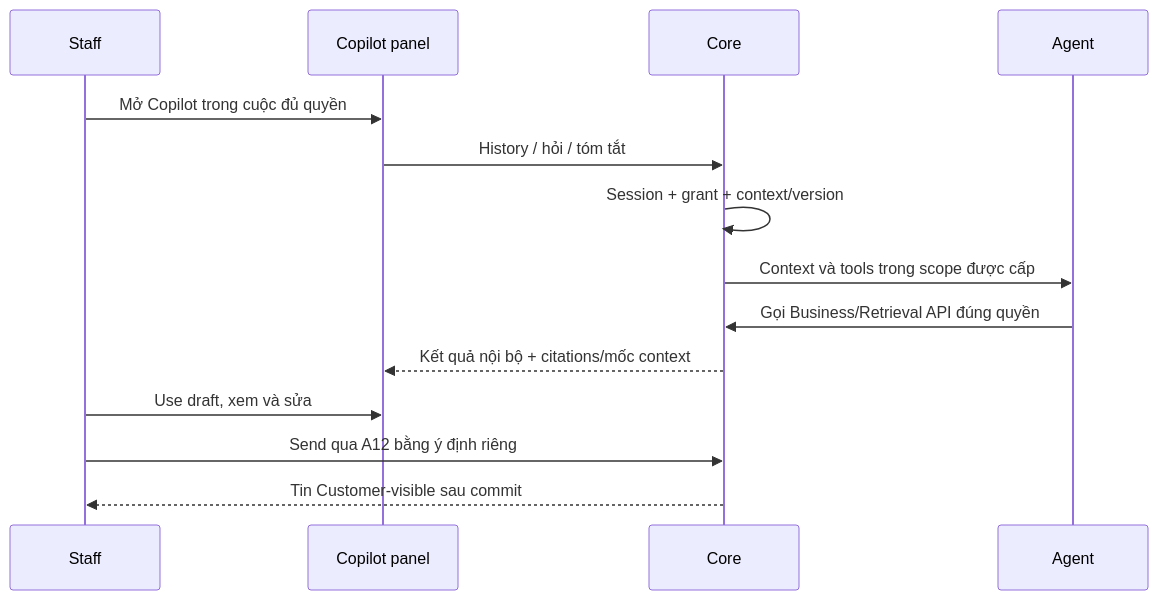
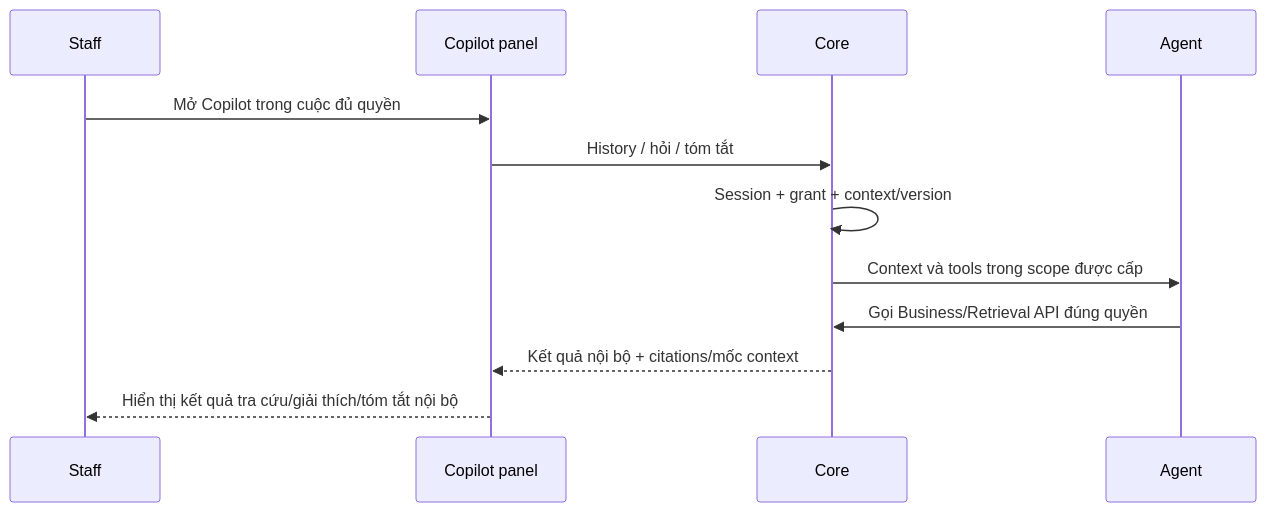
One commit to natuan05/LifeInsuranceAIAssistant changed the diagram in docs/ui/staff/plans/08-copilot-contract.md. Above: the diagram before and after it, drawn with Mermaid. The commit also changed other lines of this file and 57 other files, not shown here.

````diff
--- a/docs/ui/staff/plans/08-copilot-contract.md
+++ b/docs/ui/staff/plans/08-copilot-contract.md
@@ -46,16 +47,14 @@
 ```mermaid
 sequenceDiagram
   participant S as Staff
   participant W as Copilot panel
   participant C as Core
   participant A as Agent
   S->>W: Mở Copilot trong cuộc đủ quyền
   W->>C: History / hỏi / tóm tắt
   C->>C: Session + grant + context/version
   C->>A: Context và tools trong scope được cấp
   A->>C: Gọi Business/Retrieval API đúng quyền
   C-->>W: Kết quả nội bộ + citations/mốc context
-  S->>W: Use draft, xem và sửa
-  S->>C: Send qua A12 bằng ý định riêng
-  C-->>S: Tin Customer-visible sau commit
+  W-->>S: Hiển thị kết quả tra cứu/giải thích/tóm tắt nội bộ
 ```
````
